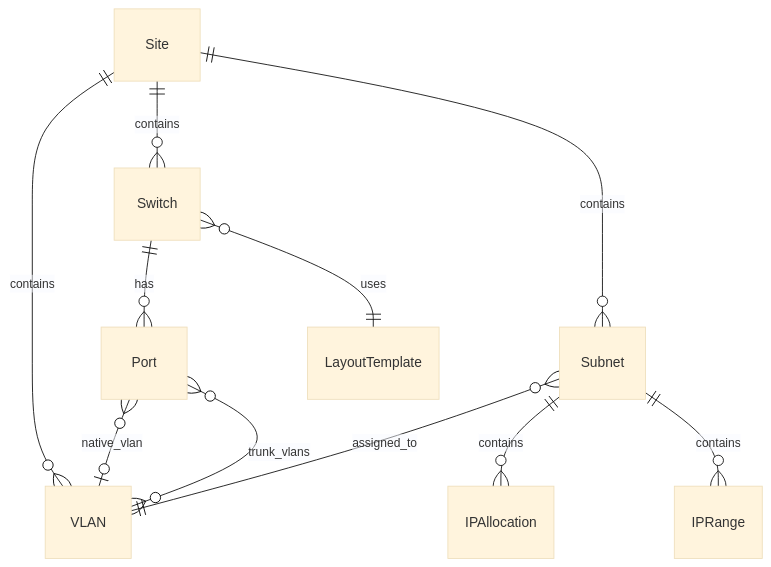
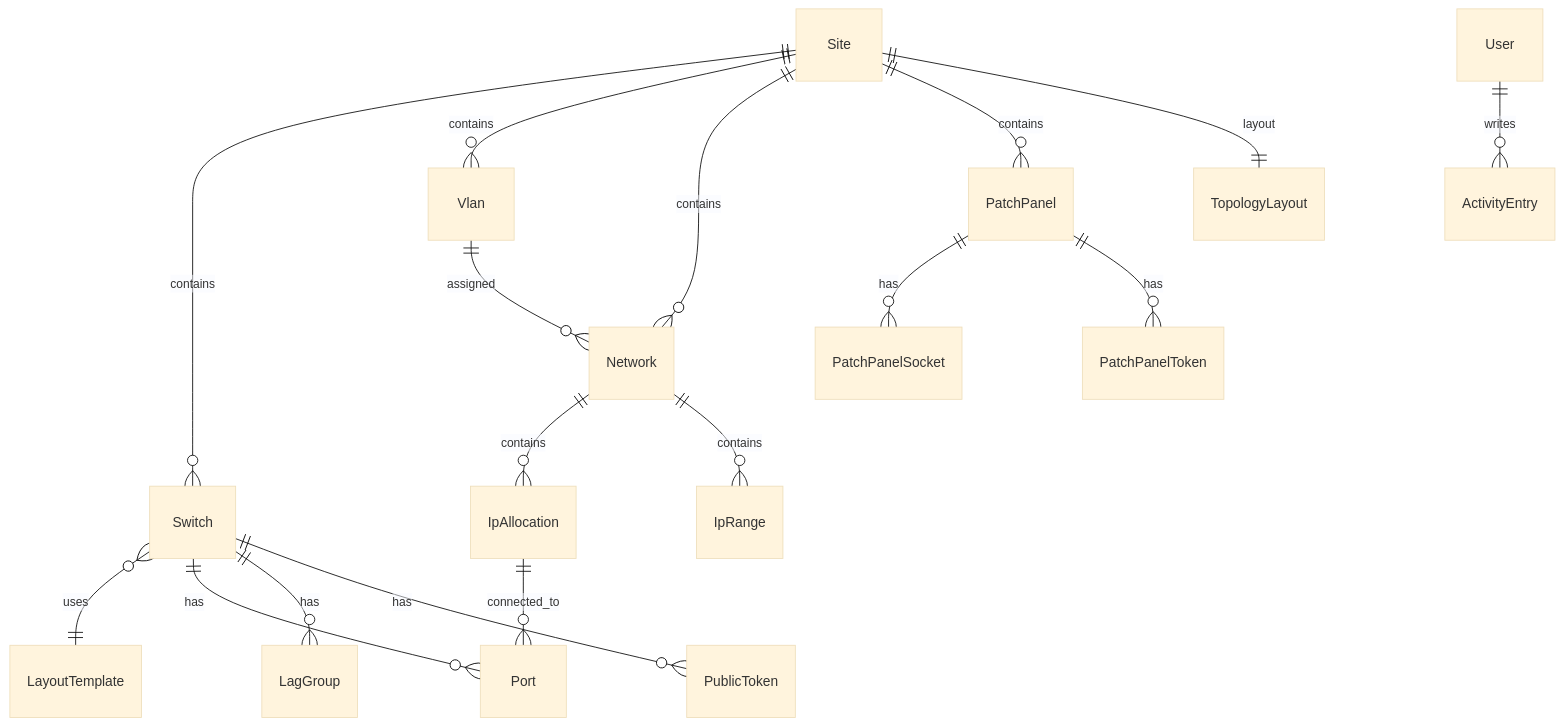
Before and after one commit to slgfire/ezswm: the diagram in docs/api/reference.md, drawn with Mermaid (base theme). The commit also changed other lines of this file and 3 other files, not shown here.

````diff
--- a/docs/api/reference.md
+++ b/docs/api/reference.md
@@ -11,13 +28,23 @@
 ```mermaid
 erDiagram
     Site ||--o{ Switch : contains
-    Site ||--o{ VLAN : contains
-    Site ||--o{ Subnet : contains
+    Site ||--o{ Vlan : contains
+    Site ||--o{ Network : contains
+    Site ||--o{ PatchPanel : contains
+
+    Switch }o--|| LayoutTemplate : uses
     Switch ||--o{ Port : has
-    Switch }o--|| LayoutTemplate : uses
-    Port }o--o| VLAN : native_vlan
-    Port }o--o{ VLAN : trunk_vlans
-    Subnet ||--o{ IPAllocation : contains
-    Subnet ||--o{ IPRange : contains
-    Subnet }o--|| VLAN : assigned_to
+    Switch ||--o{ LagGroup : has
+    Switch ||--o{ PublicToken : has
+
+    PatchPanel ||--o{ PatchPanelSocket : has
+    PatchPanel ||--o{ PatchPanelToken : has
+
+    Vlan ||--o{ Network : assigned
+    Network ||--o{ IpAllocation : contains
+    Network ||--o{ IpRange : contains
+    IpAllocation ||--o{ Port : connected_to
+
+    Site ||--|| TopologyLayout : layout
+    User ||--o{ ActivityEntry : writes
 ```
````
